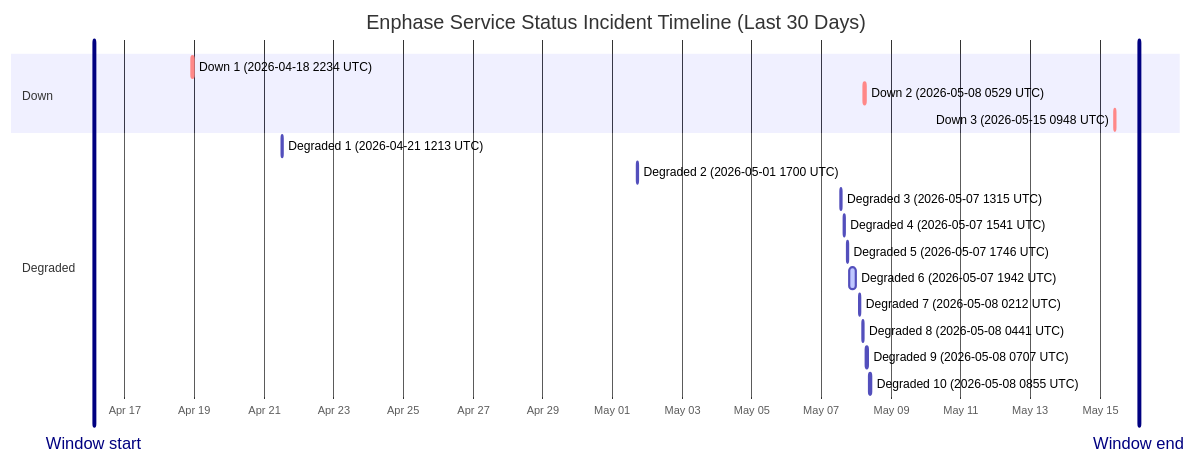
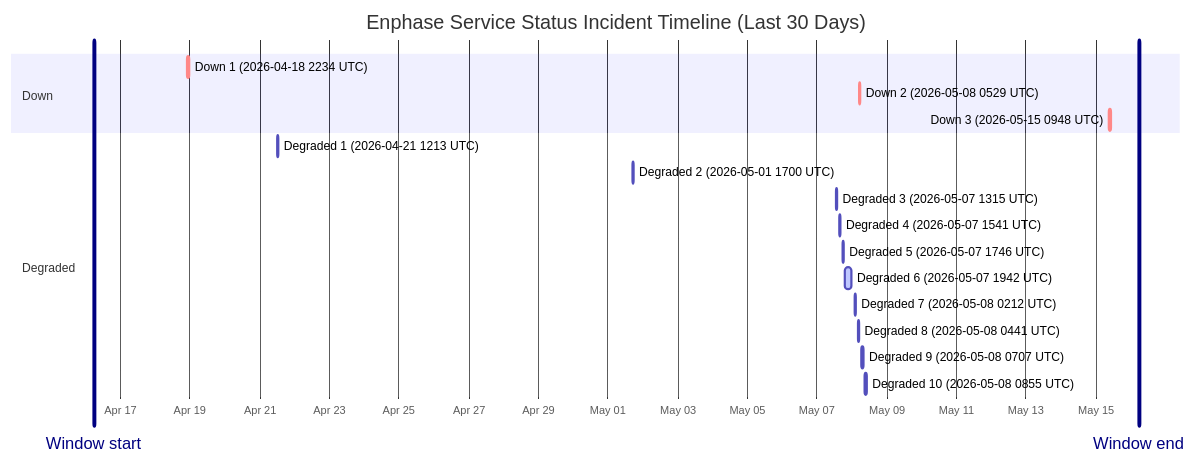
Before and after one commit to barneyonline/ha-enphase-ev-charger: the diagram in wiki/Service-Status-History.md, drawn with Mermaid. The commit also changed other lines of this file and 3 other files, not shown here.

````diff
--- a/wiki/Service-Status-History.md
+++ b/wiki/Service-Status-History.md
@@ -14,23 +14,23 @@
 ```mermaid
 gantt
     title Enphase Service Status Incident Timeline (Last 30 Days)
     dateFormat  YYYY-MM-DDTHH:mm:ss
     axisFormat  %b %d
-    Window start :vert, window-start, 2026-04-16T02:48:41, 0ms
-    Window end :vert, window-end, 2026-05-16T02:48:41, 0ms
+    Window start :vert, window-start, 2026-04-16T05:54:05, 0ms
+    Window end :vert, window-end, 2026-05-16T05:54:05, 0ms
     section Down
     Down 1 (2026-04-18 2234 UTC) :crit, down-1, 2026-04-18T22:34:13, 60m
     Down 2 (2026-05-08 0529 UTC) :crit, down-2, 2026-05-08T05:29:47, 60m
     Down 3 (2026-05-15 0948 UTC) :crit, down-3, 2026-05-15T09:48:18, 60m
     section Degraded
     Degraded 1 (2026-04-21 1213 UTC) :active, degraded-1, 2026-04-21T12:13:11, 60m
     Degraded 2 (2026-05-01 1700 UTC) :active, degraded-2, 2026-05-01T17:00:22, 60m
     Degraded 3 (2026-05-07 1315 UTC) :active, degraded-3, 2026-05-07T13:15:25, 60m
     Degraded 4 (2026-05-07 1541 UTC) :active, degraded-4, 2026-05-07T15:41:58, 60m
     Degraded 5 (2026-05-07 1746 UTC) :active, degraded-5, 2026-05-07T17:46:51, 60m
     Degraded 6 (2026-05-07 1942 UTC) :active, degraded-6, 2026-05-07T19:42:10, 249m
     Degraded 7 (2026-05-08 0212 UTC) :active, degraded-7, 2026-05-08T02:12:39, 60m
     Degraded 8 (2026-05-08 0441 UTC) :active, degraded-8, 2026-05-08T04:41:46, 60m
     Degraded 9 (2026-05-08 0707 UTC) :active, degraded-9, 2026-05-08T07:07:30, 60m
     Degraded 10 (2026-05-08 0855 UTC) :active, degraded-10, 2026-05-08T08:55:20, 88m
 ```
````
